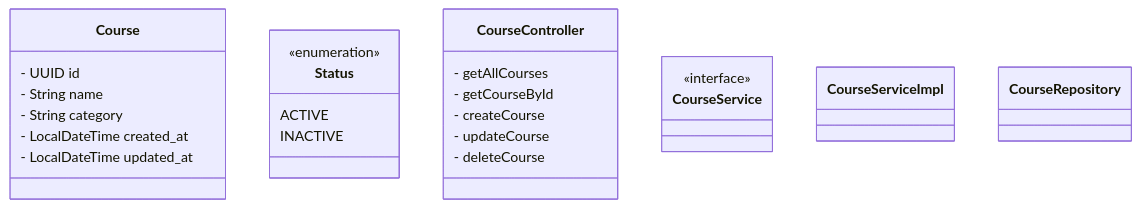
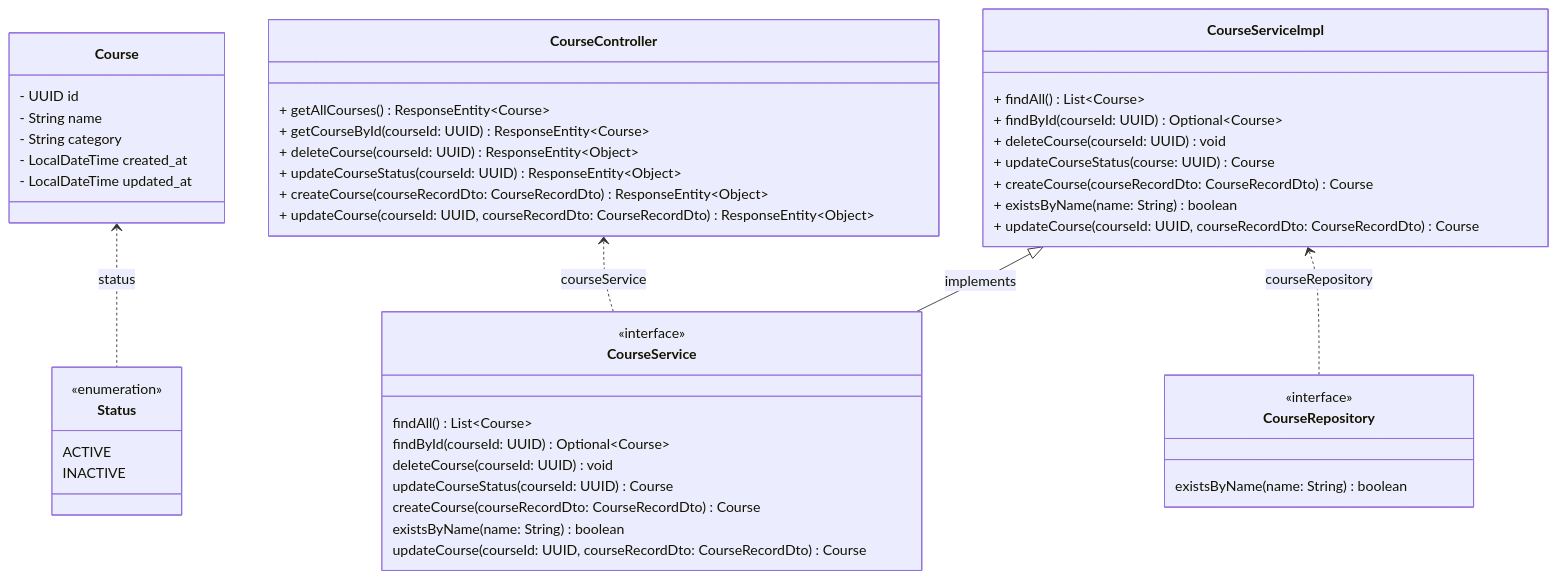
One commit to thiago-sano/rocketseat-api-course changed the diagram in README.md. Above: the diagram before and after it, drawn with Mermaid.

Commit message:
doc: updated class diagram

````diff
--- a/README.md
+++ b/README.md
@@ -53,32 +53,51 @@
 ```mermaid
 classDiagram
-class Course {
-- UUID id
-- String name
-- String category
-- LocalDateTime created_at
-- LocalDateTime updated_at
-}
-class Status {
-<<enumeration>>
-ACTIVE
-INACTIVE
-}
-class CourseController {
-- getAllCourses
-- getCourseById
-- createCourse
-- updateCourse
-- deleteCourse
-}
-class CourseService {
-<<interface>>
-
+    Course <.. Status : status
+    CourseController <.. CourseService : courseService
+    CourseServiceImpl <|-- CourseService : implements
+    CourseServiceImpl <.. CourseRepository : courseRepository
+    class Course {
+        - UUID id
+        - String name
+        - String category
+        - LocalDateTime created_at
+        - LocalDateTime updated_at
+    }
+    class Status {
+        <<enumeration>>
+        ACTIVE
+        INACTIVE
+    }
+    class CourseController {
+        + getAllCourses() ResponseEntity~Course~
+        + getCourseById(courseId: UUID) ResponseEntity~Course~
+        + deleteCourse(courseId: UUID) ResponseEntity~Object~
+        + updateCourseStatus(courseId: UUID) ResponseEntity~Object~
+        + createCourse(courseRecordDto: CourseRecordDto) ResponseEntity~Object~
+        + updateCourse(courseId: UUID, courseRecordDto: CourseRecordDto) ResponseEntity~Object~
+    }
+    class CourseService {
+        <<interface>>
+        findAll() List~Course~
+        findById(courseId: UUID) Optional~Course~
+        deleteCourse(courseId: UUID) void
+        updateCourseStatus(courseId: UUID) Course
+        createCourse(courseRecordDto: CourseRecordDto) Course
+        existsByName(name: String) boolean
+        updateCourse(courseId: UUID, courseRecordDto: CourseRecordDto) Course
+    
     }
     class CourseServiceImpl {
-        
+        + findAll() List~Course~
+        + findById(courseId: UUID) Optional~Course~
+        + deleteCourse(courseId: UUID) void
+        + updateCourseStatus(course: UUID) Course
+        + createCourse(courseRecordDto: CourseRecordDto) Course
+        + existsByName(name: String) boolean
+        + updateCourse(courseId: UUID, courseRecordDto: CourseRecordDto) Course
     }
     class CourseRepository {
-        
+        <<interface>>
+        existsByName(name: String) boolean
     }
 ```
````
